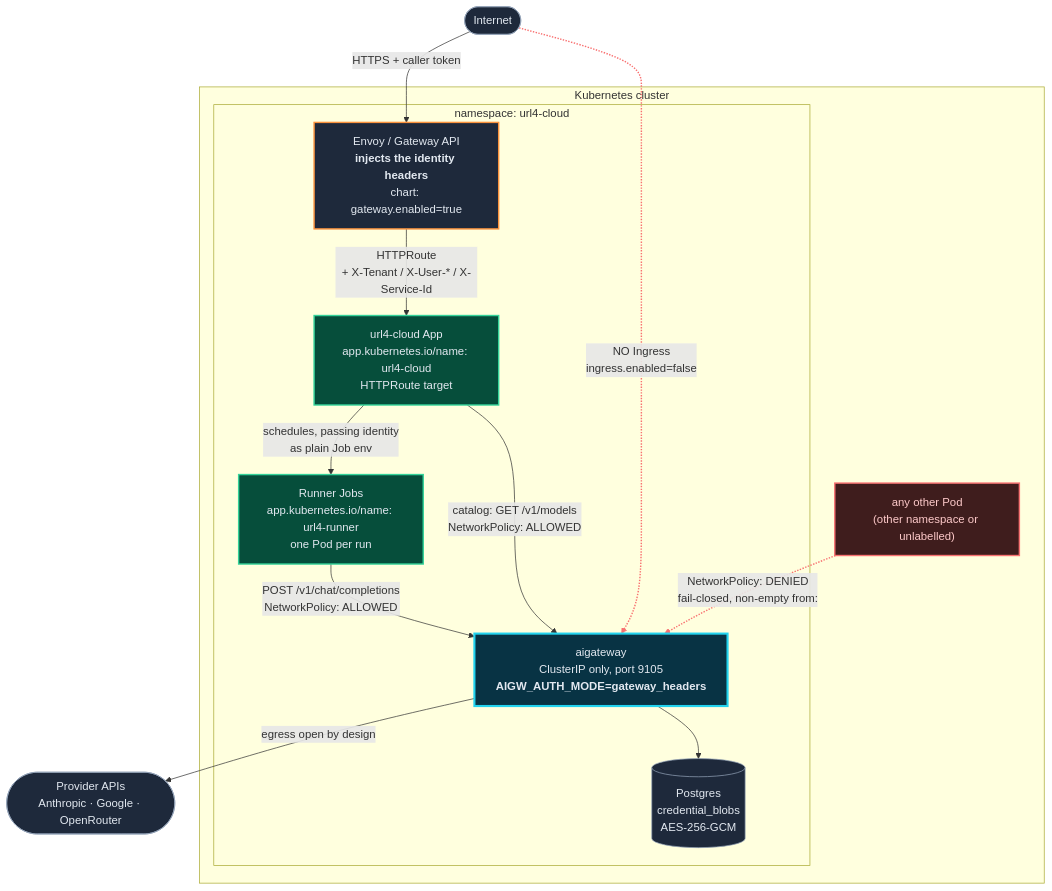
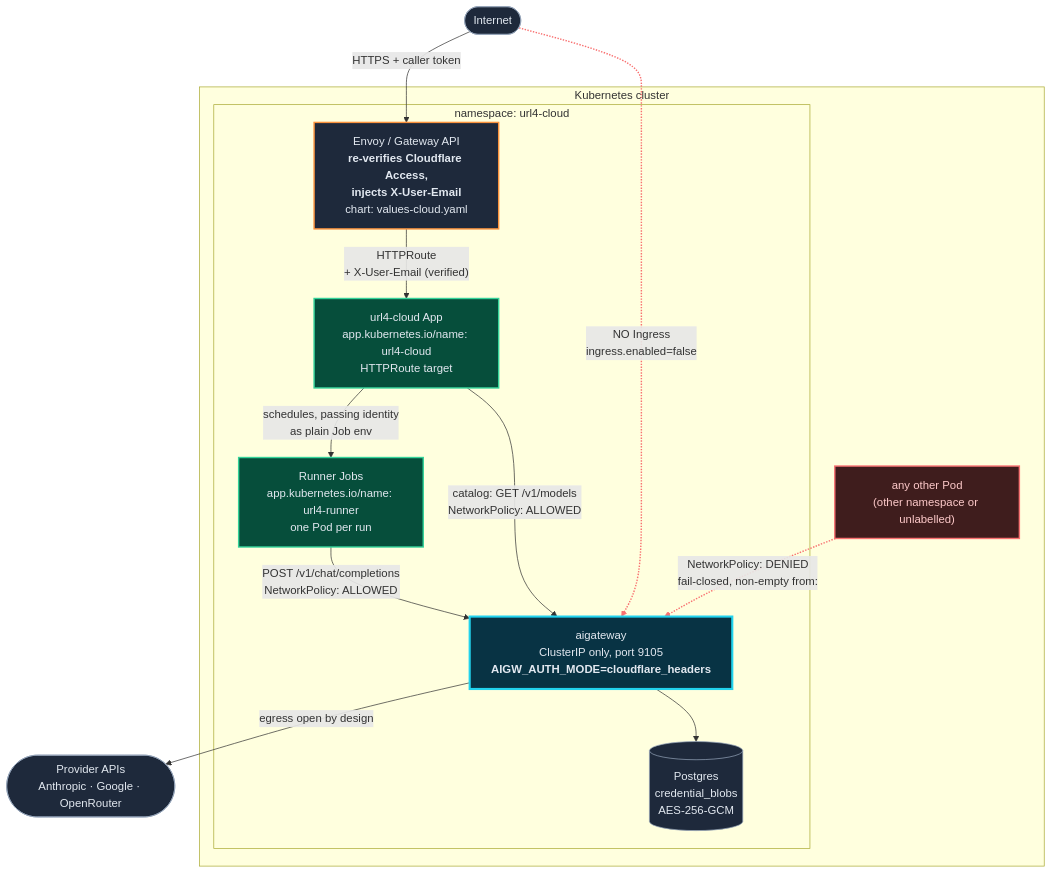
Before and after one commit to OpenMined/screamingface: the second of 3 diagrams in docs/diagrams/gateway-identity.md, drawn with Mermaid. The commit also changed other lines of this file and 29 other files, not shown here.

First line of the commit message:
refactor(aigateway)!: name the identity Cloudflare's, and reduce it to one header

````diff
--- a/docs/diagrams/gateway-identity.md
+++ b/docs/diagrams/gateway-identity.md
@@ -89,41 +97,41 @@
 ```mermaid
 flowchart TB
     NET([Internet])
 
     subgraph CL["Kubernetes cluster"]
         subgraph NSA["namespace: url4-cloud"]
-            ENVOY["Envoy / Gateway API<br/><b>injects the identity headers</b><br/>chart: gateway.enabled=true"]
+            ENVOY["Envoy / Gateway API<br/><b>re-verifies Cloudflare Access,<br/>injects X-User-Email</b><br/>chart: values-cloud.yaml"]
             APP["url4-cloud App<br/>app.kubernetes.io/name: url4-cloud<br/>HTTPRoute target"]
             JOB["Runner Jobs<br/>app.kubernetes.io/name: url4-runner<br/>one Pod per run"]
-            AIGW["aigateway<br/>ClusterIP only, port 9105<br/><b>AIGW_AUTH_MODE=gateway_headers</b>"]
+            AIGW["aigateway<br/>ClusterIP only, port 9105<br/><b>AIGW_AUTH_MODE=cloudflare_headers</b>"]
             DB[("Postgres<br/>credential_blobs<br/>AES-256-GCM")]
         end
         OTHER["any other Pod<br/>(other namespace or unlabelled)"]
     end
 
     PROV(["Provider APIs<br/>Anthropic · Google · OpenRouter"])
 
     NET -->|"HTTPS + caller token"| ENVOY
-    ENVOY -->|"HTTPRoute<br/>+ X-Tenant / X-User-* / X-Service-Id"| APP
+    ENVOY -->|"HTTPRoute<br/>+ X-User-Email (verified)"| APP
     APP -->|"schedules, passing identity<br/>as plain Job env"| JOB
     APP -->|"catalog: GET /v1/models<br/>NetworkPolicy: ALLOWED"| AIGW
     JOB -->|"POST /v1/chat/completions<br/>NetworkPolicy: ALLOWED"| AIGW
     OTHER -.->|"NetworkPolicy: DENIED<br/>fail-closed, non-empty from:"| AIGW
     NET -.->|"NO Ingress<br/>ingress.enabled=false"| AIGW
     AIGW -->|"egress open by design"| PROV
     AIGW --> DB
 
     classDef edge fill:#1e293b,stroke:#fb923c,stroke-width:2px,color:#e2e8f0
     classDef app fill:#064e3b,stroke:#34d399,stroke-width:2px,color:#e2e8f0
     classDef gw fill:#083344,stroke:#22d3ee,stroke-width:3px,color:#e2e8f0
     classDef denied fill:#3f1d1d,stroke:#f87171,stroke-width:2px,color:#fecaca
     classDef ext fill:#1e293b,stroke:#94a3b8,stroke-width:1px,color:#e2e8f0
 
     class ENVOY edge
     class APP,JOB app
     class AIGW gw
     class OTHER denied
     class NET,PROV,DB ext
 
     linkStyle 5,6 stroke:#f87171,stroke-width:2px
 ```
````
